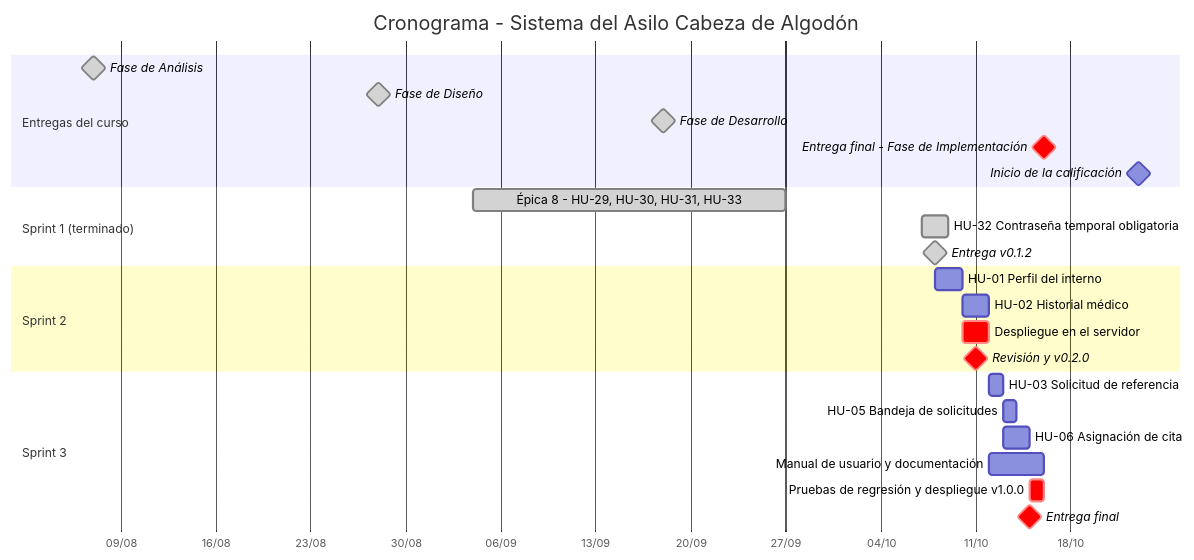
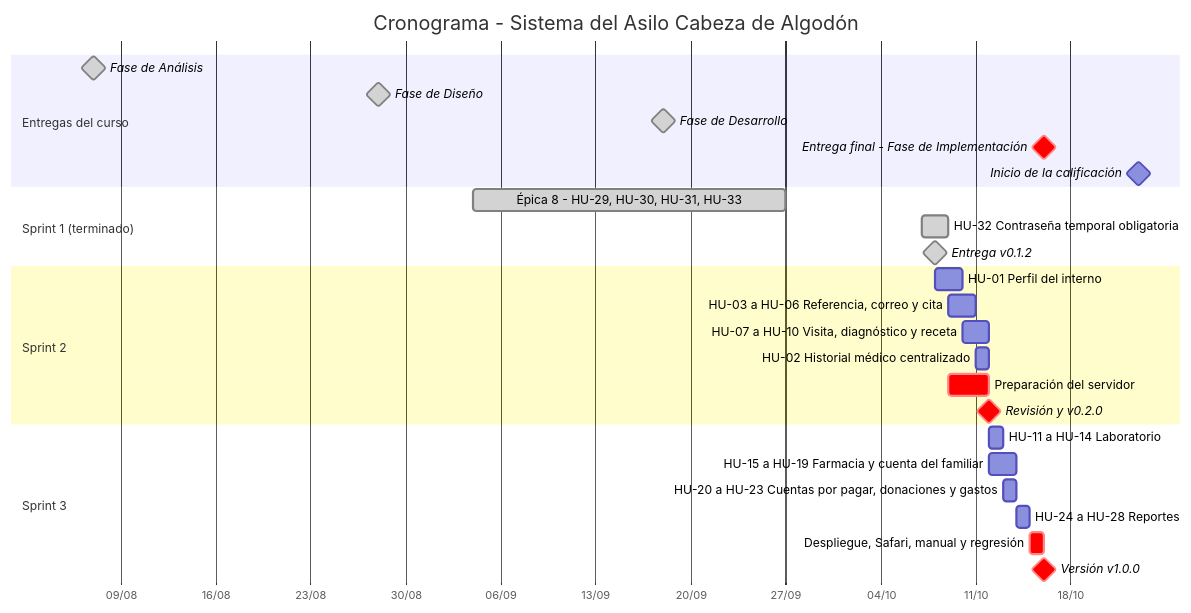
Before and after one commit to Hoakin26/Sistema-Gestion-Asilo: the first of 18 diagrams in docs/fase-diseno.md, drawn with Mermaid. The commit also changed other lines of this file and 2 other files, not shown here.

First line of the commit message:
Restaura los 21 requerimientos en el plan de la entrega

````diff
--- a/docs/fase-diseno.md
+++ b/docs/fase-diseno.md
@@ -229,33 +229,35 @@
 ```mermaid
 gantt
     title Cronograma - Sistema del Asilo Cabeza de Algodón
     dateFormat YYYY-MM-DD
     axisFormat %d/%m
     todayMarker off
 
     section Entregas del curso
     Fase de Análisis                       :milestone, done, e1, 2026-08-07, 0d
     Fase de Diseño                         :milestone, done, e2, 2026-08-28, 0d
     Fase de Desarrollo                     :milestone, done, e3, 2026-09-18, 0d
     Entrega final - Fase de Implementación :milestone, crit, e4, 2026-10-16, 0d
     Inicio de la calificación              :milestone, e5, 2026-10-23, 0d
 
     section Sprint 1 (terminado)
     Épica 8 - HU-29, HU-30, HU-31, HU-33   :done, s1, 2026-09-04, 23d
     HU-32 Contraseña temporal obligatoria  :done, s1b, 2026-10-07, 2d
     Entrega v0.1.2                         :milestone, done, m1, 2026-10-08, 0d
 
     section Sprint 2
     HU-01 Perfil del interno               :s2a, 2026-10-08, 2d
-    HU-02 Historial médico                 :s2b, 2026-10-10, 2d
-    Despliegue en el servidor              :crit, s2d, 2026-10-10, 2d
-    Revisión y v0.2.0                      :milestone, crit, m2, 2026-10-11, 0d
+    HU-03 a HU-06 Referencia, correo y cita :s2b, 2026-10-09, 2d
+    HU-07 a HU-10 Visita, diagnóstico y receta :s2c, 2026-10-10, 2d
+    HU-02 Historial médico centralizado    :s2d, 2026-10-11, 1d
+    Preparación del servidor               :crit, s2e, 2026-10-09, 3d
+    Revisión y v0.2.0                      :milestone, crit, m2, 2026-10-12, 0d
 
     section Sprint 3
-    HU-03 Solicitud de referencia          :s3a, 2026-10-12, 1d
-    HU-05 Bandeja de solicitudes           :s3b, 2026-10-13, 1d
-    HU-06 Asignación de cita               :s3c, 2026-10-13, 2d
-    Manual de usuario y documentación      :s3m, 2026-10-12, 4d
-    Pruebas de regresión y despliegue v1.0.0 :crit, s3d, 2026-10-15, 1d
-    Entrega final                          :milestone, crit, m3, 2026-10-15, 0d
+    HU-11 a HU-14 Laboratorio              :s3a, 2026-10-12, 1d
+    HU-15 a HU-19 Farmacia y cuenta del familiar :s3b, 2026-10-12, 2d
+    HU-20 a HU-23 Cuentas por pagar, donaciones y gastos :s3c, 2026-10-13, 1d
+    HU-24 a HU-28 Reportes                 :s3d, 2026-10-14, 1d
+    Despliegue, Safari, manual y regresión :crit, s3e, 2026-10-15, 1d
+    Versión v1.0.0                         :milestone, crit, m3, 2026-10-16, 0d
 ```
````
